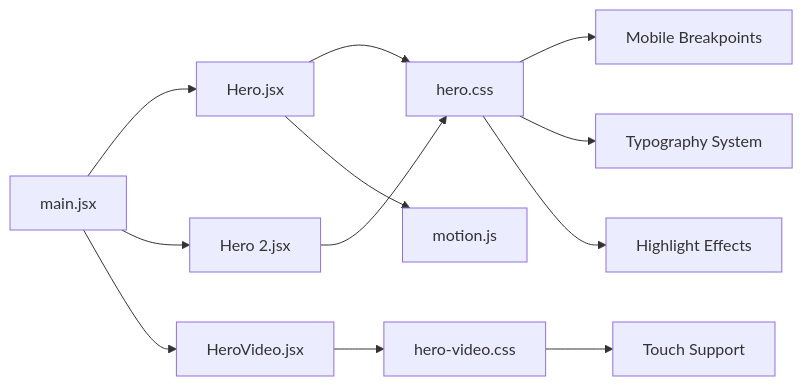
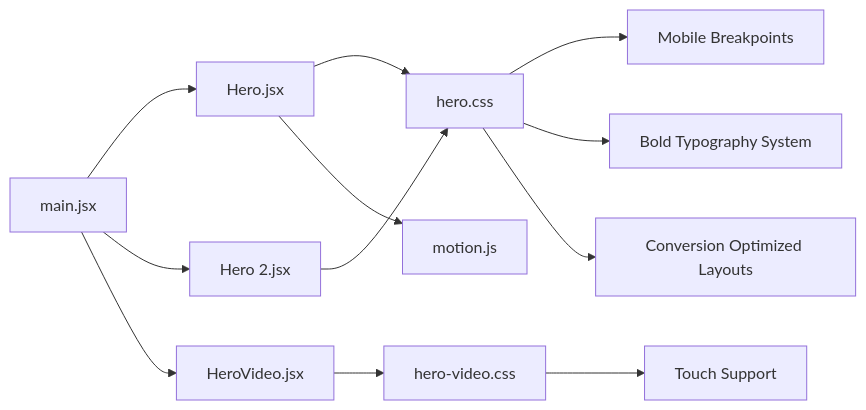
The sixth of 6 diagrams in .qoder/repowiki/en/content/Component Architecture/Landing Page Components/Hero Sections.md (Theja4/podiummomentum), drawn with Mermaid before and after one commit. The commit also changed other lines of this file and 22 other files, not shown here.

````diff
--- a/.qoder/repowiki/en/content/Component Architecture/Landing Page Components/Hero Sections.md
+++ b/.qoder/repowiki/en/content/Component Architecture/Landing Page Components/Hero Sections.md
@@ -413,14 +466,14 @@
 ```mermaid
 graph LR
 main_jsx["main.jsx"] --> hero_jsx["Hero.jsx"]
 main_jsx --> hero2_jsx["Hero 2.jsx"]
 main_jsx --> herovideo_jsx["HeroVideo.jsx"]
 hero_jsx --> hero_css["hero.css"]
 hero2_jsx --> hero_css
 herovideo_jsx --> herovideo_css["hero-video.css"]
 hero_jsx --> motion_js["motion.js"]
 hero_css --> mobile_breakpoints["Mobile Breakpoints"]
-hero_css --> typography_system["Typography System"]
-hero_css --> highlight_effects["Highlight Effects"]
+hero_css --> bold_typography_system["Bold Typography System"]
+hero_css --> conversion_optimized_layouts["Conversion Optimized Layouts"]
 herovideo_css --> touch_support["Touch Support"]
 ```
````
